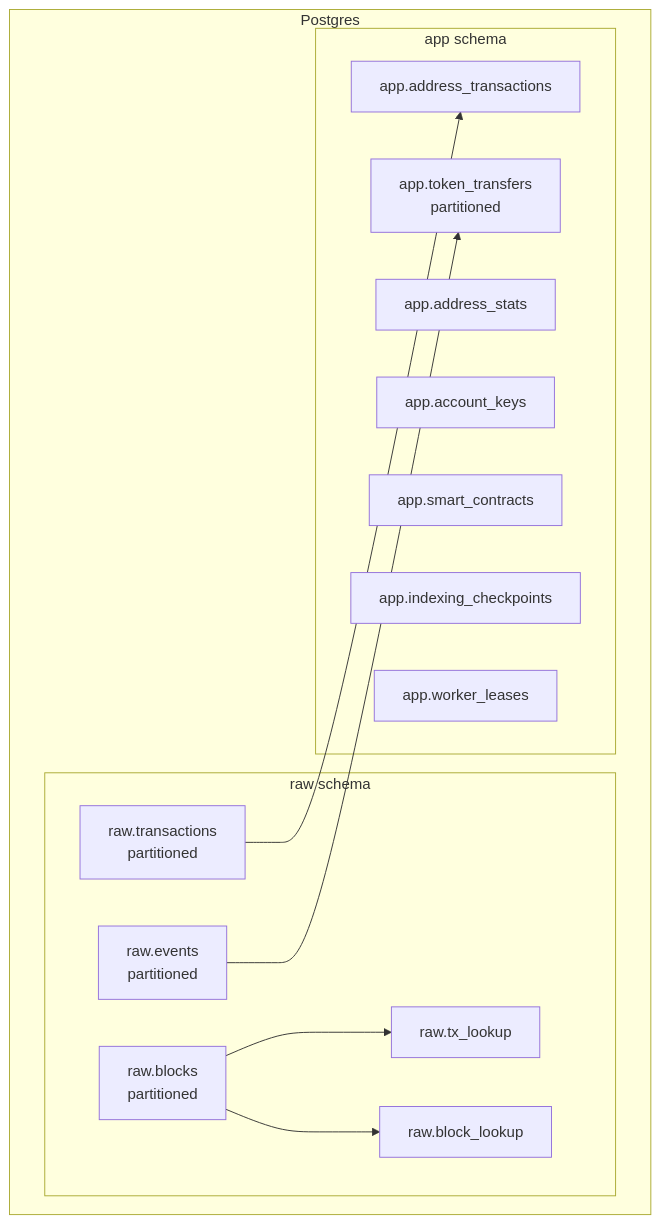
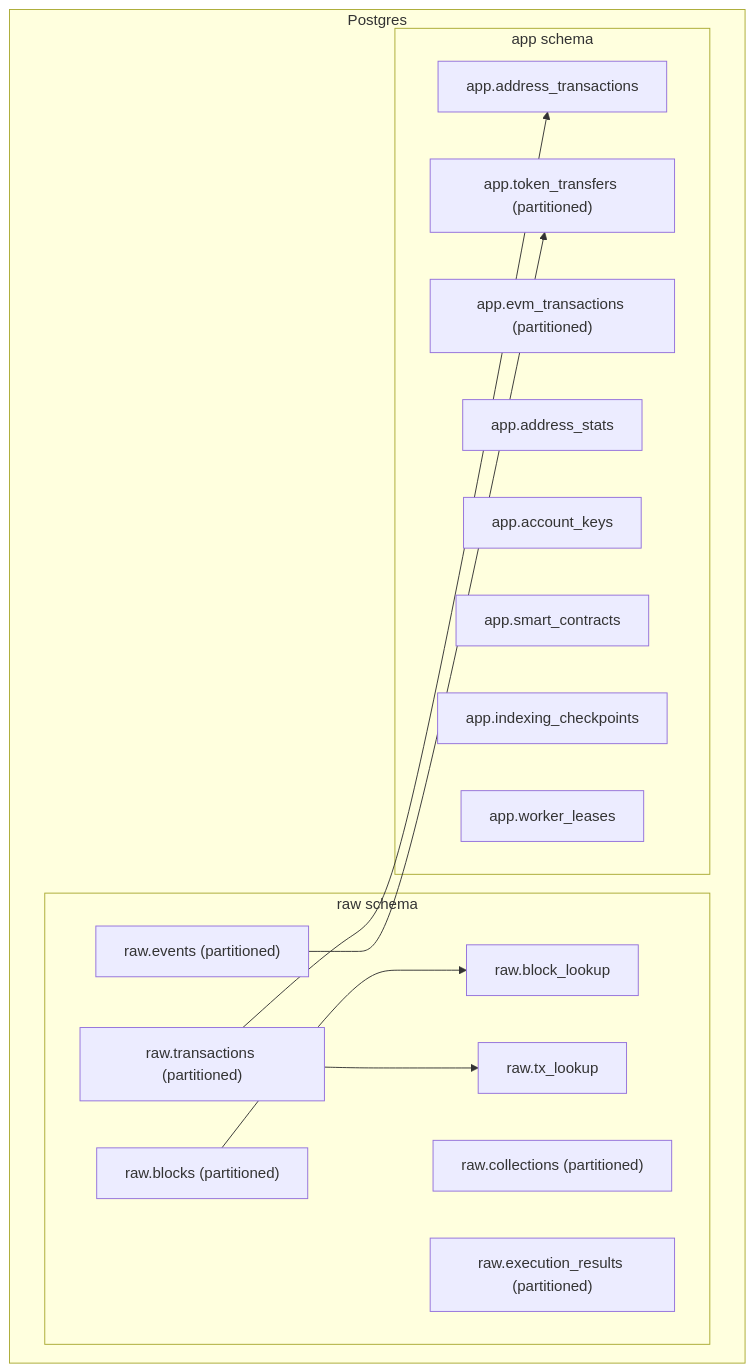
Before and after one commit to Outblock/flowindex: the second of 6 diagrams in ARCHITECTURE.md, drawn with Mermaid. The commit also changed other lines of this file and 2 other files, not shown here.

Commit message:
Update architecture and project status docs

````diff
--- a/ARCHITECTURE.md
+++ b/ARCHITECTURE.md
@@ -44,27 +39,30 @@
 ```mermaid
 flowchart TB
-  subgraph Postgres
-    subgraph raw[raw schema]
-      RBlocks[raw.blocks\npartitioned]
-      RTx[raw.transactions\npartitioned]
-      REvents[raw.events\npartitioned]
-      RTxLookup[raw.tx_lookup]
-      RBlockLookup[raw.block_lookup]
+  subgraph PG["Postgres"]
+    subgraph RAW["raw schema"]
+      RB["raw.blocks (partitioned)"]
+      RT["raw.transactions (partitioned)"]
+      RE["raw.events (partitioned)"]
+      RC["raw.collections (partitioned)"]
+      RX["raw.execution_results (partitioned)"]
+      RTL["raw.tx_lookup"]
+      RBL["raw.block_lookup"]
     end
 
-    subgraph app[app schema]
-      ATx[app.address_transactions]
-      AToken[app.token_transfers\npartitioned]
-      AStats[app.address_stats]
-      AKeys[app.account_keys]
-      AContracts[app.smart_contracts]
-      ACheck[app.indexing_checkpoints]
-      ALeases[app.worker_leases]
+    subgraph APP["app schema"]
+      AT["app.address_transactions"]
+      TT["app.token_transfers (partitioned)"]
+      EV["app.evm_transactions (partitioned)"]
+      AS["app.address_stats"]
+      AK["app.account_keys"]
+      SC["app.smart_contracts"]
+      CP["app.indexing_checkpoints"]
+      WL["app.worker_leases"]
     end
   end
 
-  RBlocks --> RTxLookup
-  RBlocks --> RBlockLookup
-  RTx --> ATx
-  REvents --> AToken
+  RB --> RBL
+  RT --> RTL
+  RE --> TT
+  RT --> AT
 ```
````
